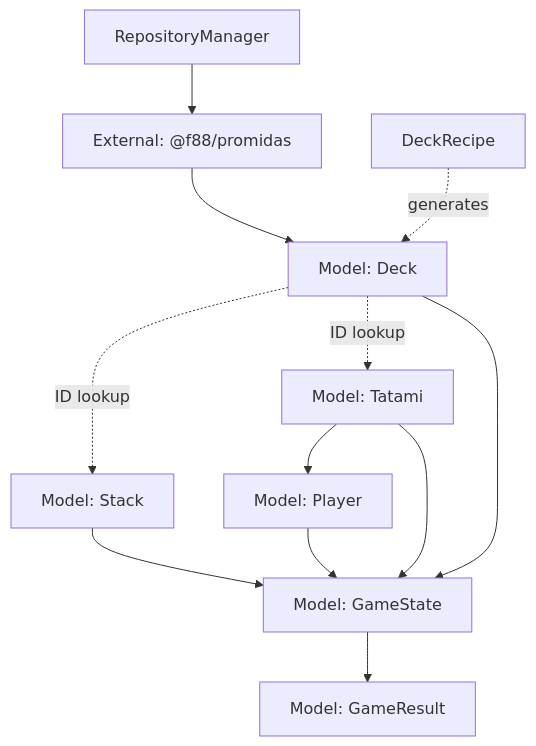
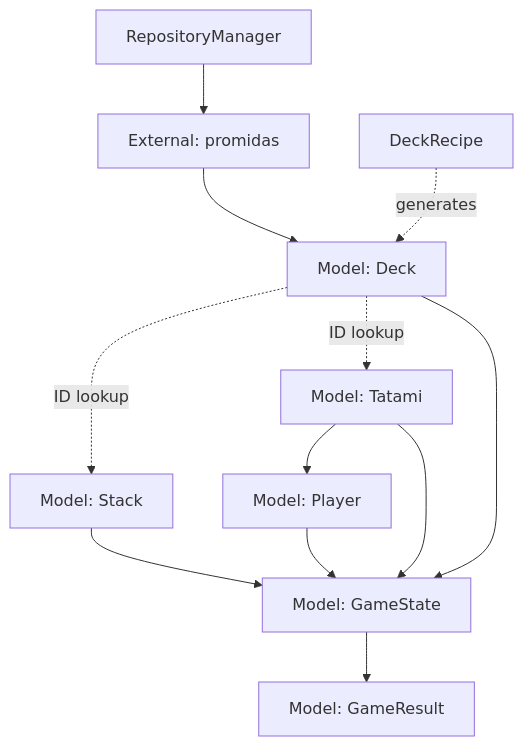
Before and after one commit to F88/pp-karuta: the diagram in DESIGN.md, drawn with Mermaid.

Commit message:
fix: update external reference for Promidas in design document

````diff
--- a/DESIGN.md
+++ b/DESIGN.md
@@ -357,24 +357,24 @@
 ```mermaid
 graph TD
     Manager[RepositoryManager]
-    External[External: @f88/promidas]
+    External[External: promidas]
     Recipe[DeckRecipe]
     Deck[Model: Deck]
     Player[Model: Player]
     Stack[Model: Stack]
     Tatami[Model: Tatami]
     GameState[Model: GameState]
     GameResult[Model: GameResult]
 
     Manager --> External
     External --> Deck
     Recipe -.generates.-> Deck
     Deck -.ID lookup.-> Stack
     Deck -.ID lookup.-> Tatami
     Tatami --> Player
     Deck --> GameState
     Player --> GameState
     Stack --> GameState
     Tatami --> GameState
     GameState --> GameResult
 ```
````
